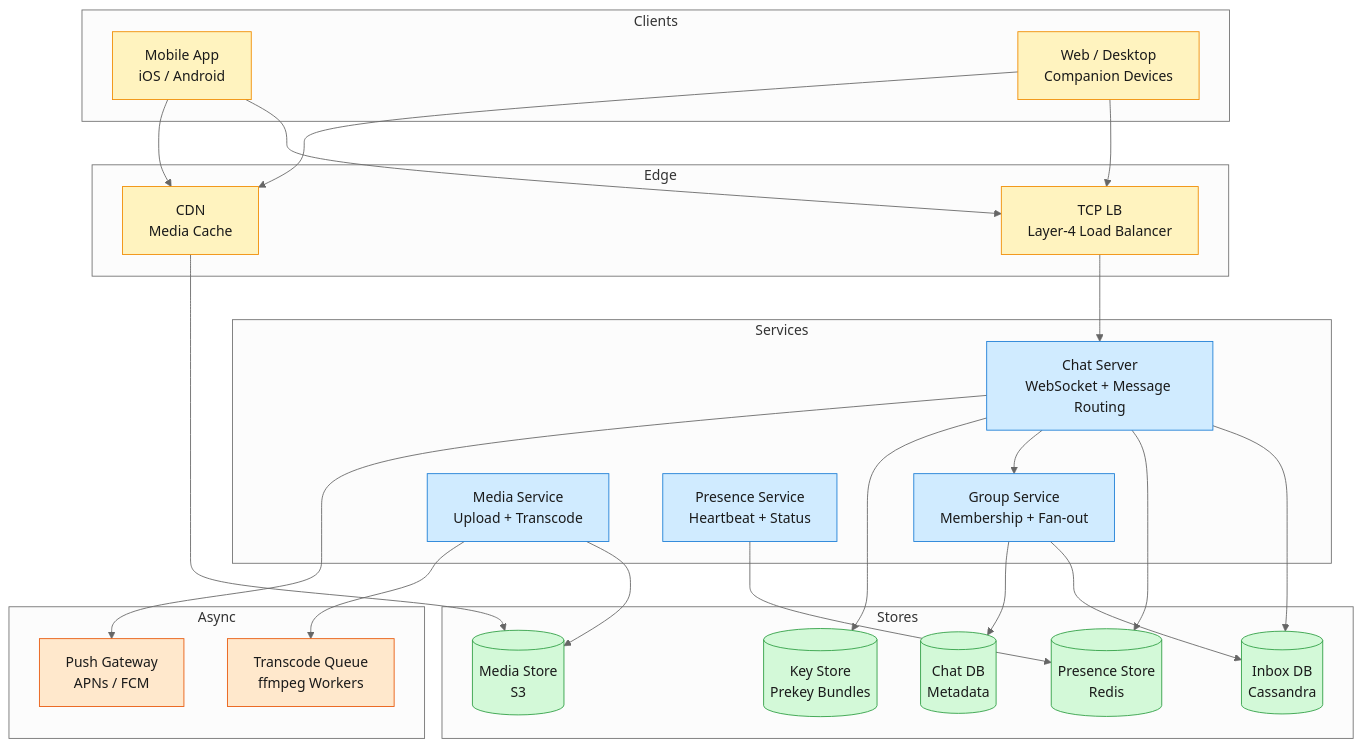
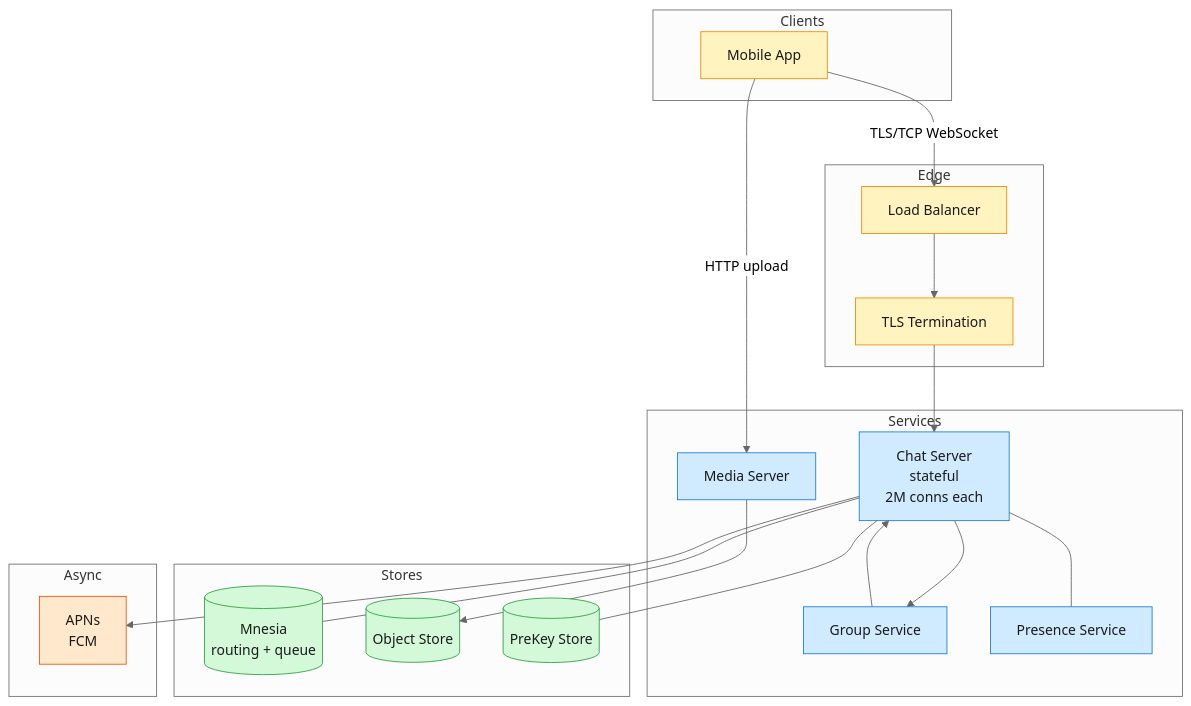
Before and after one commit to iliazlobin/iliazlobin.github.io: the second of 2 diagrams in _posts/2026-06-30-system-design-whatsapp.md, drawn with Mermaid (neutral theme). The commit also changed other lines of this file and 45 other files, not shown here.

First line of the commit message:
Republish all posts from Notion: fix mermaid errors, drop §7 Trade-offs (#88)

````diff
--- a/_posts/2026-06-30-system-design-whatsapp.md
+++ b/_posts/2026-06-30-system-design-whatsapp.md
@@ -121,52 +126,50 @@
 ```mermaid
 graph TB
     subgraph Clients
-        A[Mobile App<br/>iOS / Android]
-        B[Web / Desktop<br/>Companion Devices]
+        App[Mobile App]
     end
+
     subgraph Edge
-        C[CDN<br/>Media Cache]
-        D[TCP LB<br/>Layer-4 Load Balancer]
+        LB[Load Balancer]
+        TLS[TLS Termination]
     end
+
     subgraph Services
-        E[Chat Server<br/>WebSocket + Message Routing]
-        F[Group Service<br/>Membership + Fan-out]
-        G[Media Service<br/>Upload + Transcode]
-        H[Presence Service<br/>Heartbeat + Status]
+        CS[Chat Server<br/>stateful<br/>2M conns each]
+        GS[Group Service]
+        MS[Media Server]
+        PS[Presence Service]
     end
+
     subgraph Stores
-        I[(Inbox DB<br/>Cassandra)]
-        J[(Media Store<br/>S3)]
-        K[(Presence Store<br/>Redis)]
-        L[(Key Store<br/>Prekey Bundles)]
-        M[(Chat DB<br/>Metadata)]
+        Mnesia[(Mnesia<br/>routing + queue)]
+        S3[(Object Store)]
+        PreKeys[(PreKey Store)]
     end
+
     subgraph Async
-        N[Push Gateway<br/>APNs / FCM]
-        O[Transcode Queue<br/>ffmpeg Workers]
+        Push[APNs<br/>FCM]
     end
-    A --> D
-    B --> D
-    D --> E
-    E --> I
-    E --> K
-    E --> F
-    E --> L
-    F --> I
-    F --> M
-    G --> J
-    G --> O
-    H --> K
-    E --> N
-    A --> C
-    B --> C
-    C --> J
+
+    App -->|TLS/TCP WebSocket| LB
+    LB --> TLS
+    TLS --> CS
+    CS --- Mnesia
+    CS --> GS
+    GS --> CS
+    App -->|HTTP upload| MS
+    MS --> S3
+    CS --> Push
+    CS --- PreKeys
+    CS --- PS
+
     classDef edge fill:#fff3bf,stroke:#f08c00,color:#1a1a1a;
     classDef svc fill:#d0ebff,stroke:#1c7ed6,color:#1a1a1a;
     classDef store fill:#d3f9d8,stroke:#2f9e44,color:#1a1a1a;
     classDef async fill:#ffe8cc,stroke:#e8590c,color:#1a1a1a;
-    class A,B,D,C edge;
-    class E,F,G,H svc;
-    class I,J,K,L,M store;
-    class N,O async;
+    class LB,TLS edge;
+    class CS,GS,MS,PS svc;
+    class Mnesia,S3,PreKeys store;
+    class Push async;
+    class App edge
 ```
````
